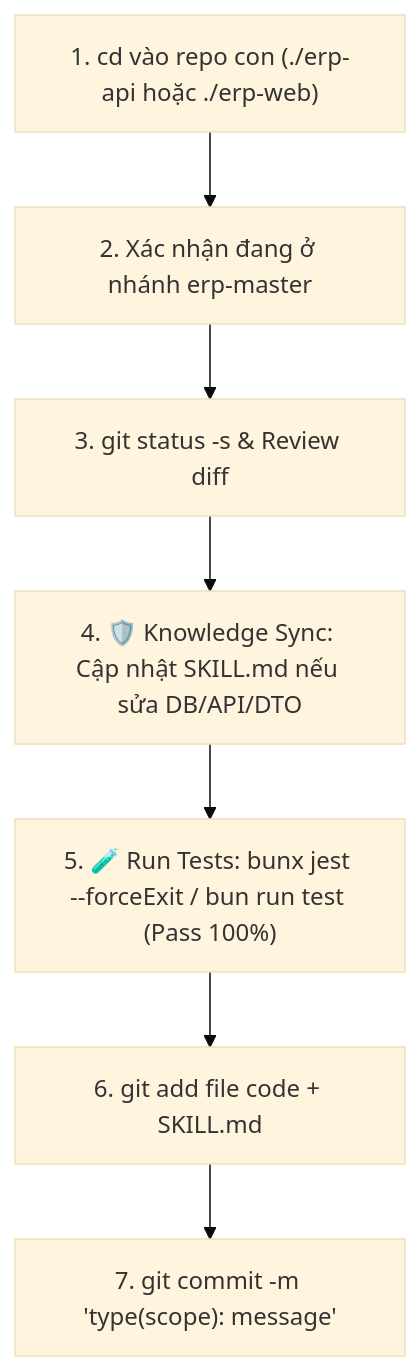
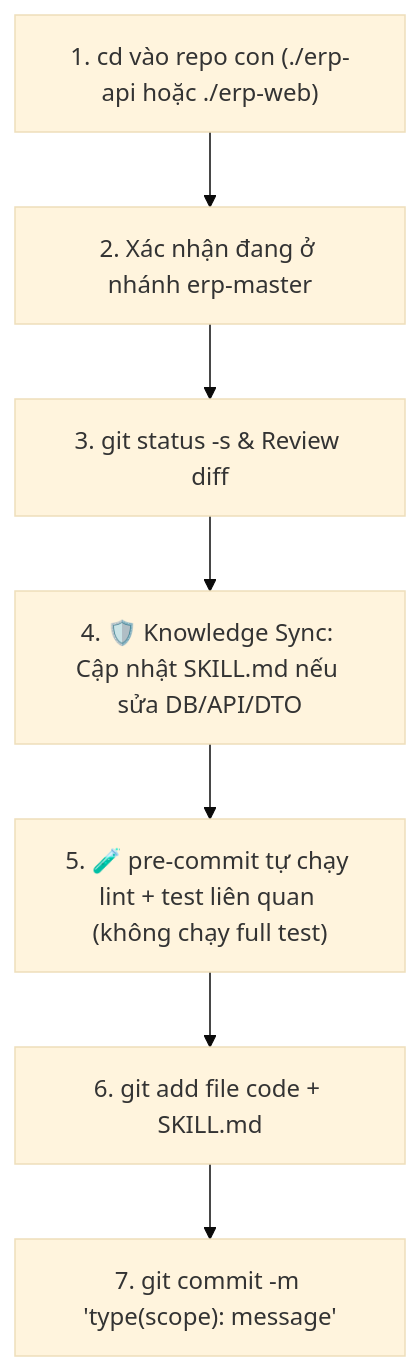
One commit to kindustries-erp/erp-web changed the first of 3 diagrams in .agents/workflows/erp-git-workflow.md. Above: the diagram before and after it, drawn with Mermaid (base theme). The commit also changed other lines of this file, not shown here.

First line of the commit message:
docs(workflow): tối ưu erp-git-workflow theo quy trình commit/push mới

````diff
--- a/.agents/workflows/erp-git-workflow.md
+++ b/.agents/workflows/erp-git-workflow.md
@@ -35,9 +35,9 @@
 ```mermaid
 graph TD
     A["1. cd vào repo con (./erp-api hoặc ./erp-web)"] --> B["2. Xác nhận đang ở nhánh erp-master"]
     B --> C["3. git status -s & Review diff"]
     C --> D["4. 🛡️ Knowledge Sync: Cập nhật SKILL.md nếu sửa DB/API/DTO"]
-    D --> E["5. 🧪 Run Tests: bunx jest --forceExit / bun run test (Pass 100%)"]
+    D --> E["5. 🧪 pre-commit tự chạy lint + test liên quan (không chạy full test)"]
     E --> F["6. git add file code + SKILL.md"]
     F --> G["7. git commit -m 'type(scope): message'"]
 ```
````
